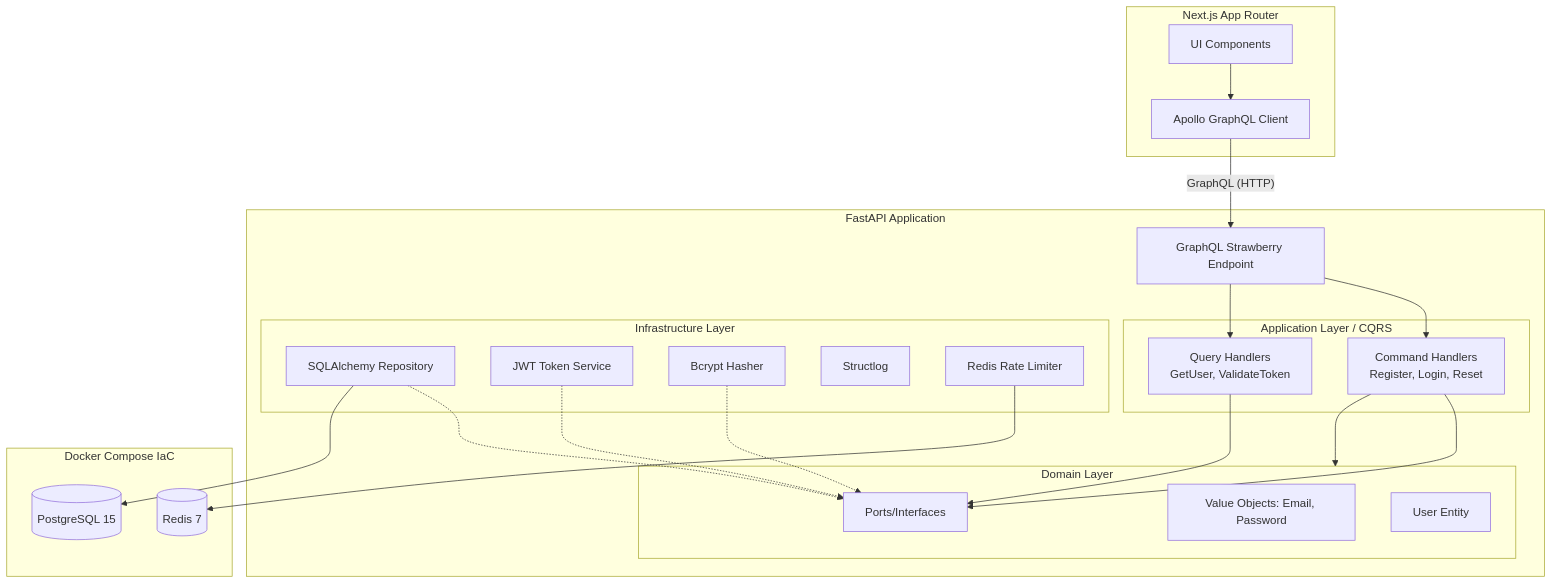
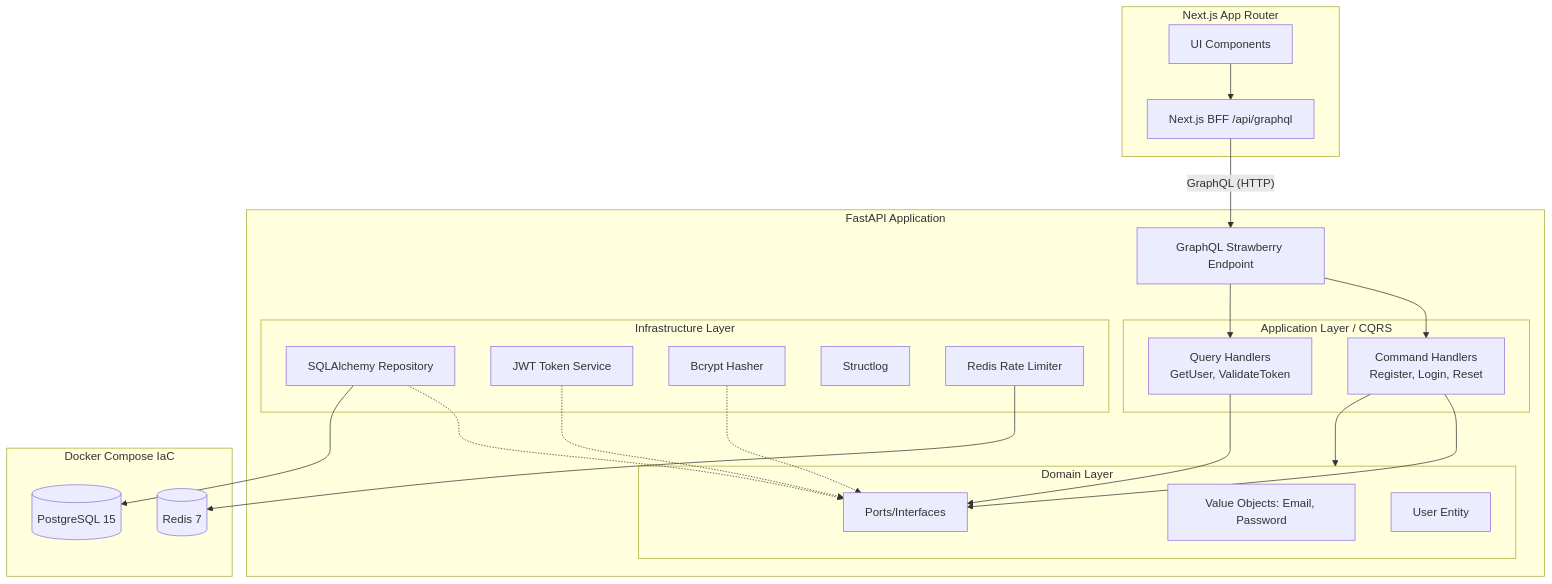
The diagram in README.md (aiezq/engineer-challenge), drawn with Mermaid before and after one commit. The commit also changed other lines of this file, not shown here.

````diff
--- a/README.md
+++ b/README.md
@@ -42,56 +52,56 @@
 ```mermaid
 graph TD
     %% Frontend
     subgraph Frontend [Next.js App Router]
         UI[UI Components]
-        Apollo[Apollo GraphQL Client]
-        UI --> Apollo
+        BFF[Next.js BFF /api/graphql]
+        UI --> BFF
     end
 
     %% Backend API
     subgraph Backend [FastAPI Application]
         GQL[GraphQL Strawberry Endpoint]
         
         %% CQRS
         subgraph AppLayer [Application Layer / CQRS]
             CMD[Command Handlers\nRegister, Login, Reset]
             QRY[Query Handlers\nGetUser, ValidateToken]
         end
         
         %% DDD
         subgraph DomainLayer [Domain Layer]
             User[User Entity]
             VO[Value Objects: Email, Password]
             Prt[Ports/Interfaces]
         end
         
         %% Infrastructure
         subgraph InfraLayer [Infrastructure Layer]
             Repo[SQLAlchemy Repository]
             Token[JWT Token Service]
             Hash[Bcrypt Hasher]
             Log[Structlog]
             Rate[Redis Rate Limiter]
             
             Repo -.-> Prt
             Token -.-> Prt
             Hash -.-> Prt
         end
         
         GQL --> CMD
         GQL --> QRY
         CMD --> DomainLayer
         CMD --> Prt
         QRY --> Prt
     end
 
     %% Storage
     subgraph Storage [Docker Compose IaC]
         PG[(PostgreSQL 15)]
         RD[(Redis 7)]
     end
 
-    Apollo -- "GraphQL (HTTP)" --> GQL
+    BFF -- "GraphQL (HTTP)" --> GQL
     Repo --> PG
     Rate --> RD
 ```
````
